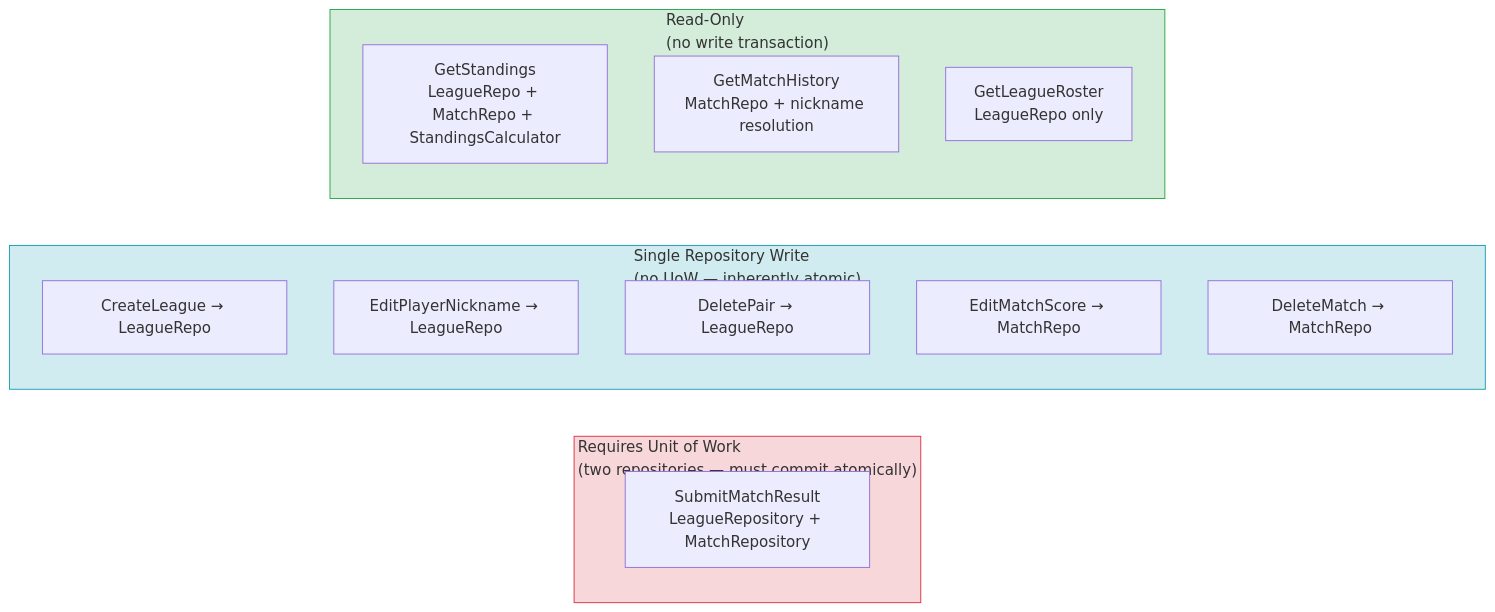
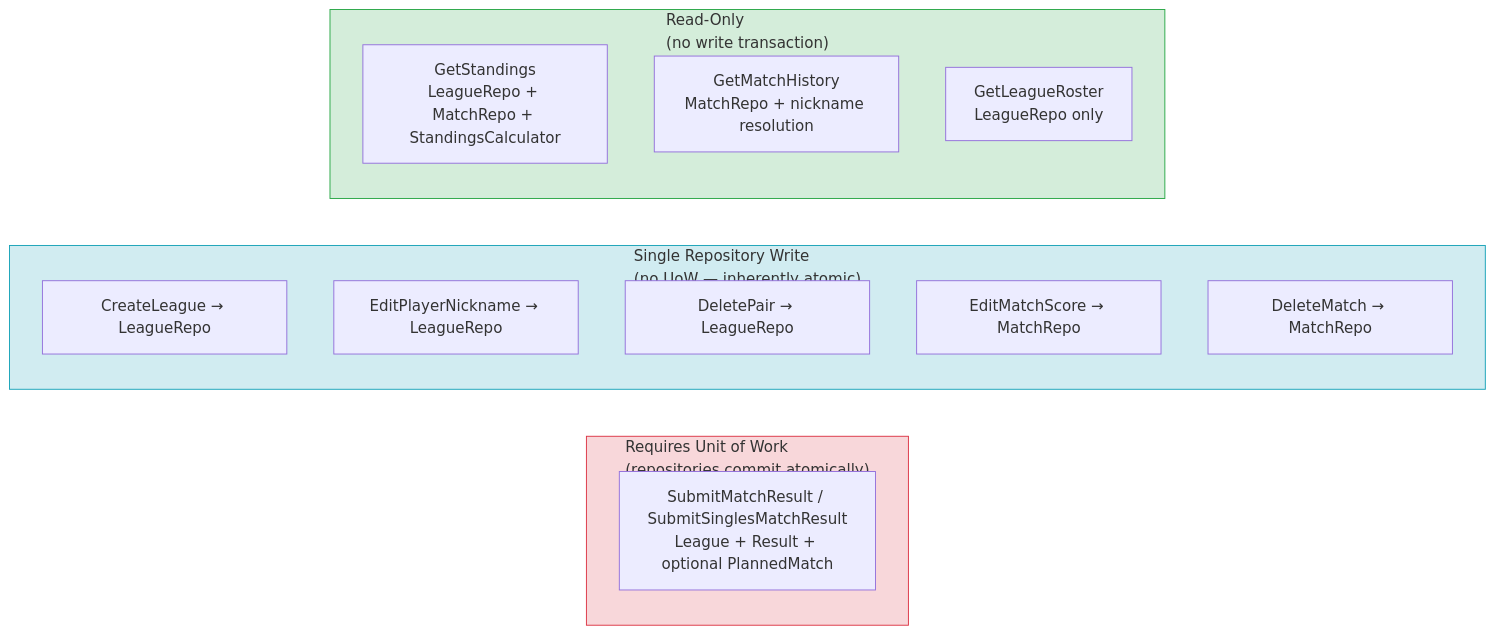
One commit to swjeong0825/TLMB_backend_main changed the diagram in Design_Doc/TLMB_Design_doc/08_unit_of_work_and_transactions.md. Above: the diagram before and after it, drawn with Mermaid. The commit also changed other lines of this file and 30 other files, not shown here.

Commit message:
add the feature of recording the planned match

````diff
--- a/Design_Doc/TLMB_Design_doc/08_unit_of_work_and_transactions.md
+++ b/Design_Doc/TLMB_Design_doc/08_unit_of_work_and_transactions.md
@@ -5,22 +5,22 @@
 ```mermaid
 flowchart LR
-    subgraph UOW ["Requires Unit of Work\n(two repositories — must commit atomically)"]
-        SMR["SubmitMatchResult\nLeagueRepository + MatchRepository"]
+    subgraph UOW ["Requires Unit of Work\n(repositories commit atomically)"]
+        SMR["SubmitMatchResult / SubmitSinglesMatchResult\nLeague + Result + optional PlannedMatch"]
     end
     subgraph SINGLE ["Single Repository Write\n(no UoW — inherently atomic)"]
         CL["CreateLeague → LeagueRepo"]
         EPN["EditPlayerNickname → LeagueRepo"]
         DT["DeletePair → LeagueRepo"]
         EMS["EditMatchScore → MatchRepo"]
         DM["DeleteMatch → MatchRepo"]
     end
     subgraph READ ["Read-Only\n(no write transaction)"]
         GS["GetStandings\nLeagueRepo + MatchRepo + StandingsCalculator"]
         GMH["GetMatchHistory\nMatchRepo + nickname resolution"]
         GLR["GetLeagueRoster\nLeagueRepo only"]
     end
 
     style UOW fill:#f8d7da,stroke:#dc3545
     style SINGLE fill:#d1ecf1,stroke:#17a2b8
     style READ fill:#d4edda,stroke:#28a745
 ```
````
